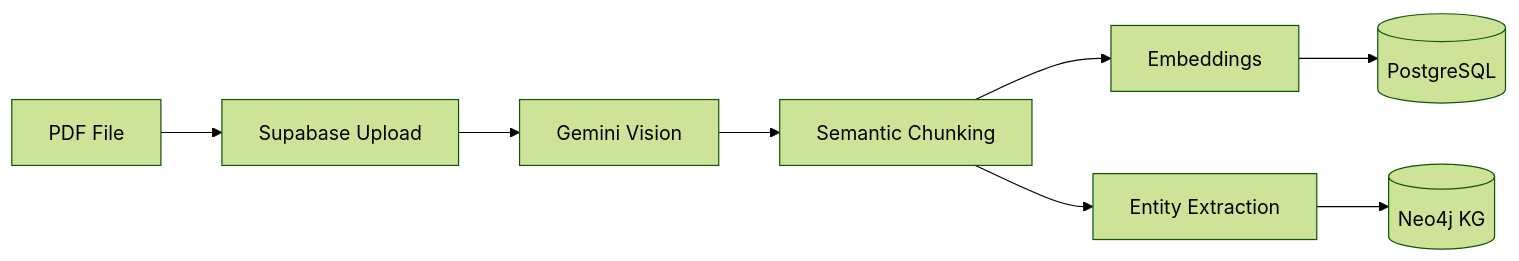
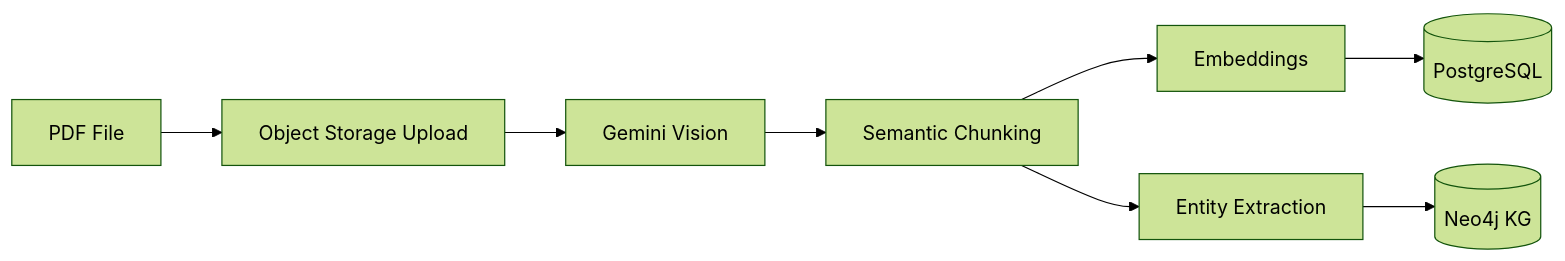
The seventh of 12 diagrams in maritime-ai-service/docs/architecture/FOLDER_MAP.md (meiiie/wiii), drawn with Mermaid (forest theme) before and after one commit. The commit also changed 44 other files, not shown here.

````diff
--- a/maritime-ai-service/docs/architecture/FOLDER_MAP.md
+++ b/maritime-ai-service/docs/architecture/FOLDER_MAP.md
@@ -431,11 +431,11 @@
 ```mermaid
 graph LR
-    PDF[PDF File] --> Upload[Supabase Upload]
+    PDF[PDF File] --> Upload[Object Storage Upload]
     Upload --> Vision[Gemini Vision]
     Vision --> Chunk[Semantic Chunking]
     Chunk --> Embed[Embeddings]
     Embed --> PG[(PostgreSQL)]
     
     Chunk --> Entity[Entity Extraction]
     Entity --> Neo[(Neo4j KG)]
 ```
````
